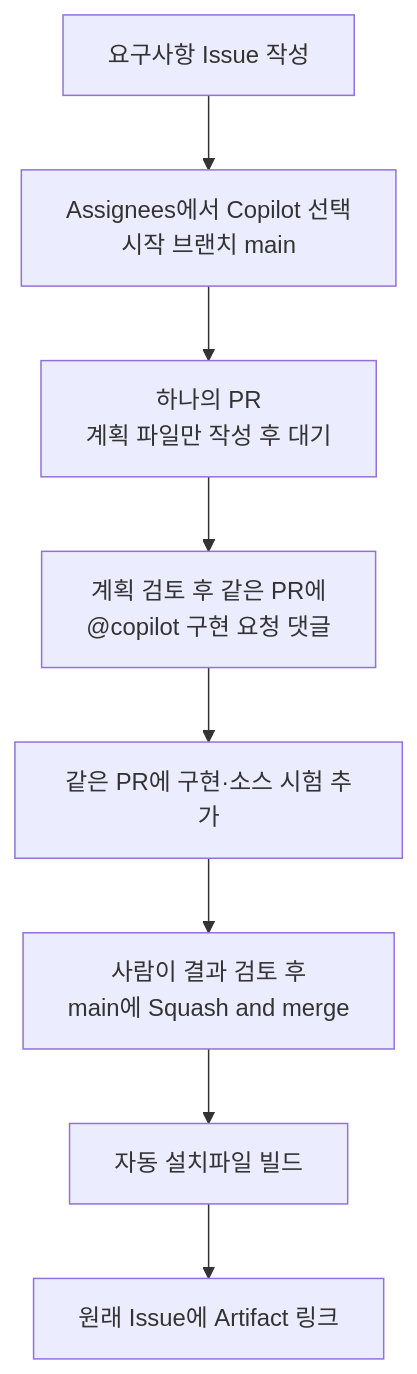
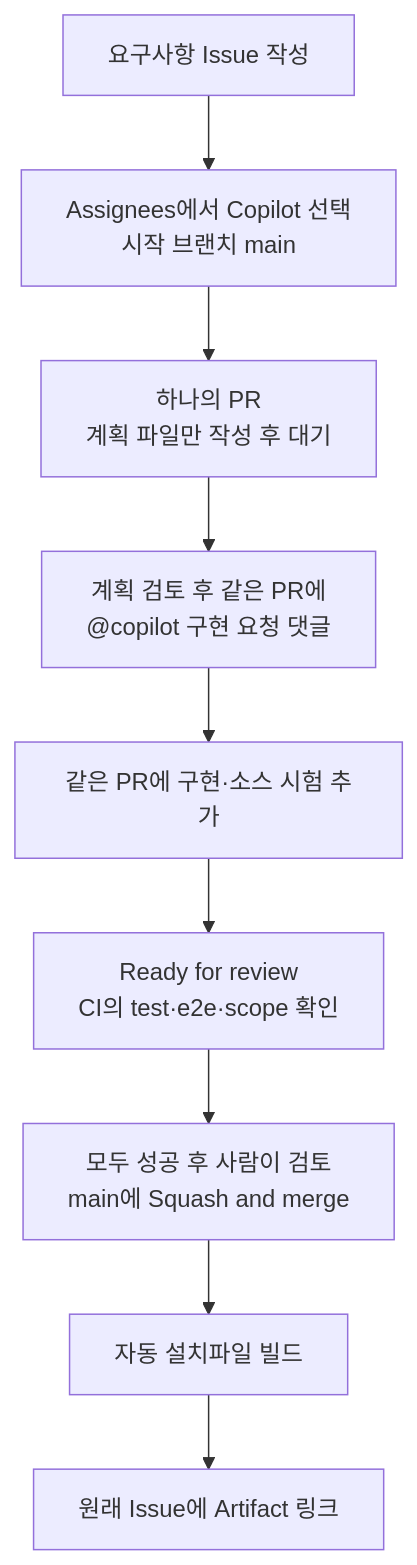
Before and after one commit to hy2219/judicial-sdlc: the diagram in README.md, drawn with Mermaid. The commit also changed other lines of this file and 11 other files, not shown here.

````diff
--- a/README.md
+++ b/README.md
@@ -75,10 +78,11 @@
 ```mermaid
 flowchart TD
     I["요구사항 Issue 작성"] --> A["Assignees에서 Copilot 선택<br/>시작 브랜치 main"]
     A --> P["하나의 PR<br/>계획 파일만 작성 후 대기"]
     P --> C["계획 검토 후 같은 PR에<br/>@copilot 구현 요청 댓글"]
     C --> R["같은 PR에 구현·소스 시험 추가"]
-    R --> M["사람이 결과 검토 후<br/>main에 Squash and merge"]
+    R --> E["Ready for review<br/>CI의 test·e2e·scope 확인"]
+    E --> M["모두 성공 후 사람이 검토<br/>main에 Squash and merge"]
     M --> B["자동 설치파일 빌드"]
     B --> D["원래 Issue에 Artifact 링크"]
 ```
````
